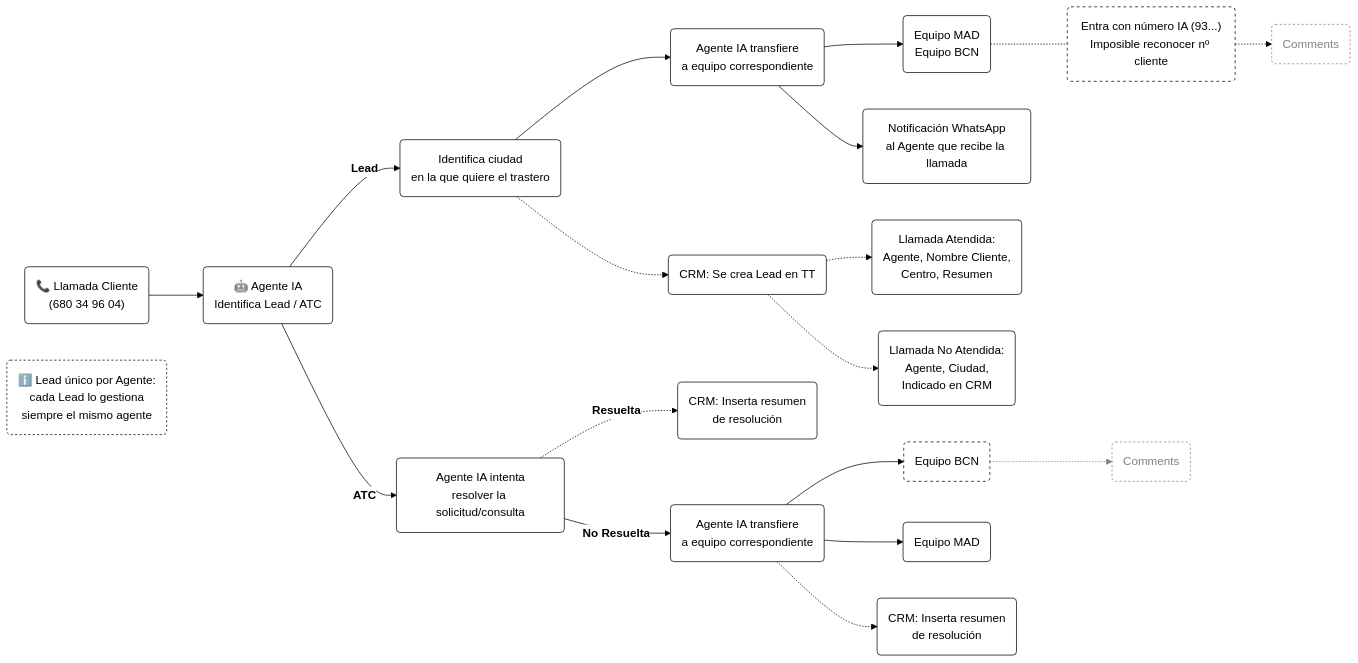
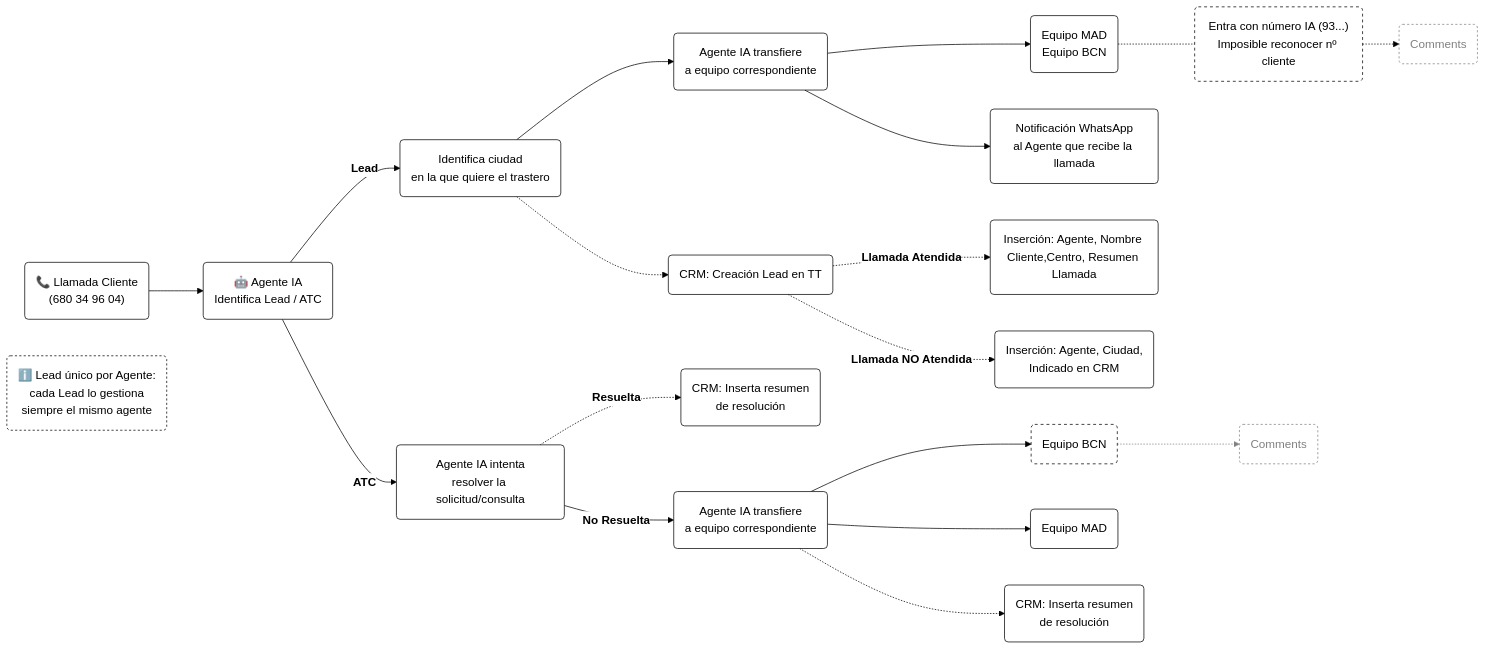
The diagram in flujo_en_horario (1).md (Fblanchete/Agente-IA), drawn with Mermaid before and after one commit.

Commit message:
Update flujo_en_horario (1).md

````diff
--- a/flujo_en_horario (1).md
+++ b/flujo_en_horario (1).md
@@ -3,38 +3,38 @@
 ```mermaid
 %%{init: {'theme': 'base', 'themeVariables': { 'fontFamily': 'Arial', 'background': '#FFFFFF', 'primaryColor': '#FFFFFF', 'primaryBorderColor': '#000000', 'primaryTextColor': '#000000', 'lineColor': '#000000', 'secondaryColor': '#FFFFFF', 'tertiaryColor': '#FFFFFF'}}}%%
 flowchart LR
     A1("📞 Llamada Cliente<br/>(680 34 96 04)") --> A2("🤖 Agente IA<br/>Identifica Lead / ATC")
 
     A2 -->|"`**Lead**`"| L1("Identifica ciudad<br/>en la que quiere el trastero")
     L1 --> L2("Agente IA transfiere<br/>a equipo correspondiente")
-    L1 -.-> CRM1("CRM: Se crea Lead en TT")
+    L1 -.-> CRM1("CRM: Creación Lead en TT")
     L4 -.- L3("Entra con número IA (93...)<br/>Imposible reconocer nº cliente")
     L2 --> L4("Equipo MAD<br/>Equipo BCN")
     L2 --> L5("Notificación WhatsApp<br/>al Agente que recibe la llamada")
-    CRM1 -.-> LA("Llamada Atendida:<br/>Agente, Nombre Cliente,<br/>Centro, Resumen")
-    CRM1 -.-> LNA("Llamada No Atendida:<br/>Agente, Ciudad,<br/>Indicado en CRM")
+    CRM1 -.-> |"`**Llamada Atendida**`"| LA("Inserción: Agente, Nombre Cliente,Centro, Resumen Llamada")
+    CRM1 -.-> |"`**Llamada NO Atendida**`"| LNA("Inserción: Agente, Ciudad,<br/>Indicado en CRM")
 
     A2 -->|"`**ATC**`"| T1("Agente IA intenta<br/>resolver la solicitud/consulta")
     T1 -.->|"`**Resuelta**`"| CRM2("CRM: Inserta resumen<br/>de resolución")
     T1 -->|"`**No Resuelta**`"| T2("Agente IA transfiere<br/>a equipo correspondiente")
     T2 --> T3("Equipo BCN")
     T2 --> T4("Equipo MAD")
     T2 -.-> CRM3("CRM: Inserta resumen<br/>de resolución")
   
 
     N0("ℹ️ Lead único por Agente:<br/>cada Lead lo gestiona<br/>siempre el mismo agente")
 
     L3 -.-> L3C("Comments")
     T3 -.-> T3C("Comments")
 
     classDef todos fill:#FFFFFF,stroke:#000000,color:#000000
     classDef nota fill:#FFFFFF,stroke:#000000,color:#000000,stroke-dasharray: 3 3
     classDef bcn fill:#FFFFFF,stroke:#000000,color:#000000,stroke-dasharray: 4 4
     classDef comment fill:#FFFFFF,stroke:#808080,color:#808080,stroke-dasharray: 3 3
     class A1,A2,L1,L2,L4,L5,LA,LNA,CRM1,CRM2,CRM3,T1,T2,T4 todos
     class N0 nota
     class L3,T3 bcn
     class L3C,T3C comment
     linkStyle 16 stroke:#808080,stroke-width:1px
 
 ```
````
